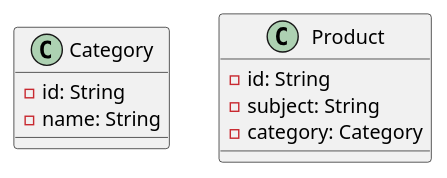
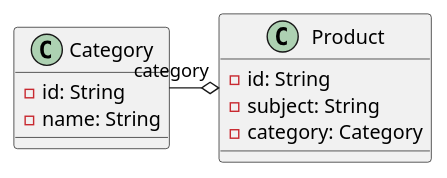
Before and after one commit to rscai/rscai.github.io: the ninth of 16 diagrams in _posts/2018-10-28-Java-Persistence-API.md, drawn with PlantUML. The commit also changed other lines of this file, not shown here.

````diff
--- a/_posts/2018-10-28-Java-Persistence-API.md
+++ b/_posts/2018-10-28-Java-Persistence-API.md
@@ -190,13 +284,14 @@
 ```puml
 @startuml
 class Category {
     -id: String
     -name: String
 }
 class Product {
     -id: String
     -subject: String
     -category: Category
 }
+Category "category" -o Product
 @enduml
 ```
````
